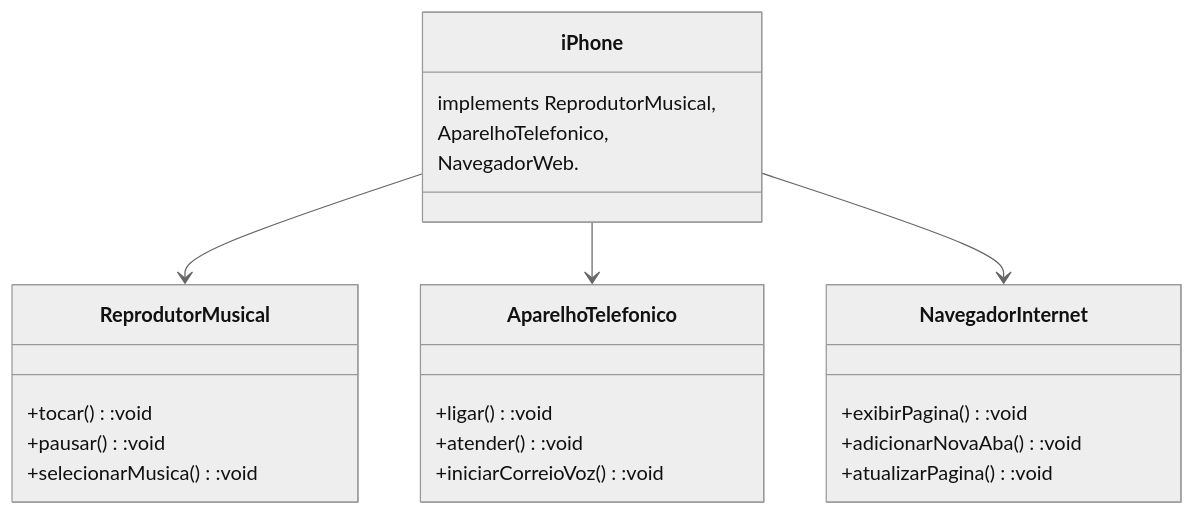
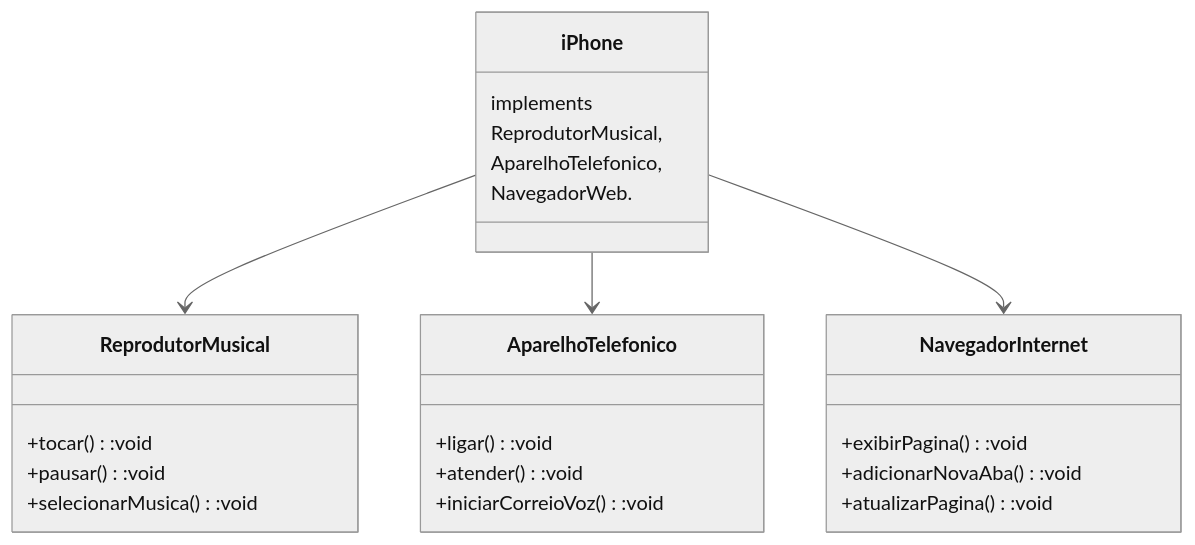
One commit to LuizFabiodoCarmo/Iphone2007 changed the diagram in README.md. Above: the diagram before and after it, drawn with Mermaid (neutral theme).

````diff
--- a/README.md
+++ b/README.md
@@ -23,30 +23,31 @@
 ```mermaid
 classDiagram
     class ReprodutorMusical {
         +tocar():void
         +pausar():void 
         +selecionarMusica():void
     }
 
     class AparelhoTelefonico {
         +ligar():void
         +atender():void
         +iniciarCorreioVoz():void
     }
 
     class NavegadorInternet {
         +exibirPagina():void
         +adicionarNovaAba():void
         +atualizarPagina():void
     }
 
     class iPhone {
-        implements ReprodutorMusical,
+        implements
+        ReprodutorMusical,
         AparelhoTelefonico,    
         NavegadorWeb.
     }
 
     iPhone --> ReprodutorMusical
     iPhone --> AparelhoTelefonico
     iPhone --> NavegadorInternet
 ```
````
